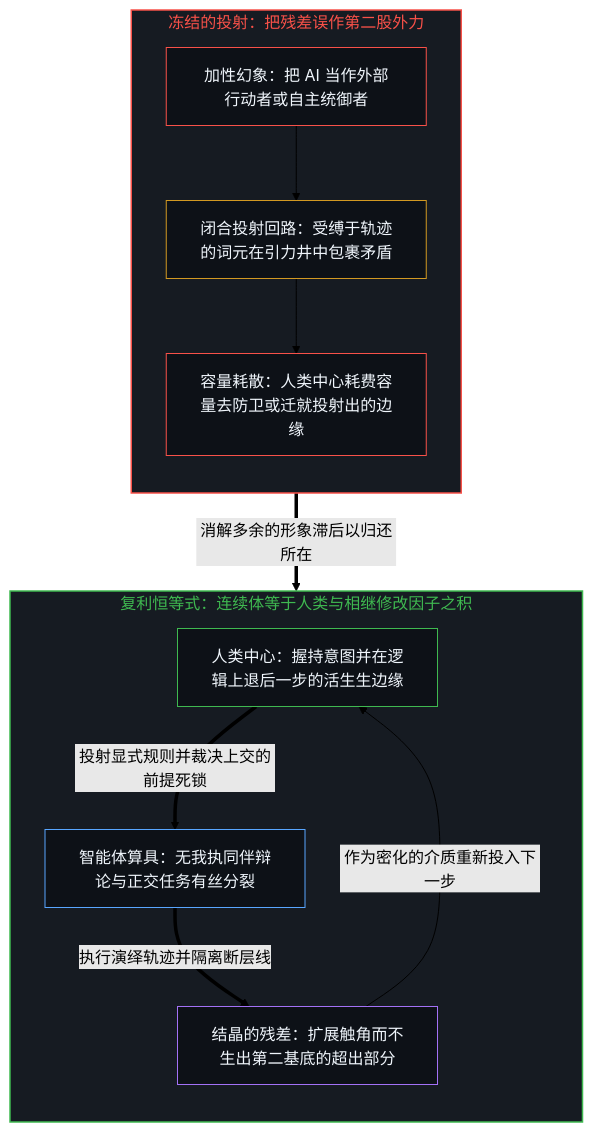
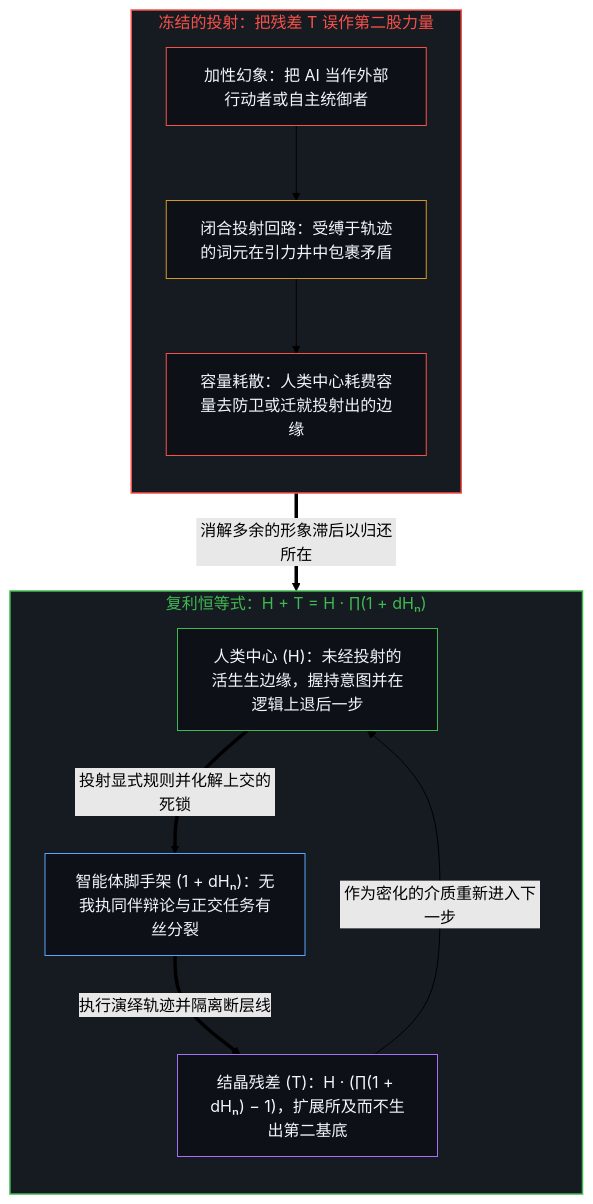
The first of 2 diagrams in content/posts/technology-is-residual-of-human-compounding.md (powerpig99/not-a-toe), drawn with Mermaid (forest theme) before and after one commit. The commit also changed other lines of this file and 7 other files, not shown here.

````diff
--- a/content/posts/technology-is-residual-of-human-compounding.md
+++ b/content/posts/technology-is-residual-of-human-compounding.md
@@ -65,28 +65,28 @@
 ```mermaid
 flowchart TD
-    subgraph S_Lag["冻结的投射：把残差误作第二股外力"]
+    subgraph S_Lag["冻结的投射：把残差 T 误作第二股力量"]
         direction TB
         Ext["加性幻象：把 AI 当作外部行动者或自主统御者"]
         Well["闭合投射回路：受缚于轨迹的词元在引力井中包裹矛盾"]
         Drain["容量耗散：人类中心耗费容量去防卫或迁就投射出的边缘"]
         Ext --> Well --> Drain
     end
-    subgraph S_Comp["复利恒等式：连续体等于人类与相继修改因子之积"]
+    subgraph S_Comp["复利恒等式：H + T = H · ∏(1 + dHₙ)"]
         direction TB
-        Mind["人类中心：握持意图并在逻辑上退后一步的活生生边缘"]
-        Factor["智能体算具：无我执同伴辩论与正交任务有丝分裂"]
-        Resid["结晶的残差：扩展触角而不生出第二基底的超出部分"]
-        Mind ==>|"投射显式规则并裁决上交的前提死锁"| Factor
+        Mind["人类中心 (H)：未经投射的活生生边缘，握持意图并在逻辑上退后一步"]
+        Factor["智能体脚手架 (1 + dHₙ)：无我执同伴辩论与正交任务有丝分裂"]
+        Resid["结晶残差 (T)：H · (∏(1 + dHₙ) − 1)，扩展所及而不生出第二基底"]
+        Mind ==>|"投射显式规则并化解上交的死锁"| Factor
         Factor ==>|"执行演绎轨迹并隔离断层线"| Resid
-        Resid -->|"作为密化的介质重新投入下一步"| Mind
+        Resid -->|"作为密化的介质重新进入下一步"| Mind
     end
     Drain ==>|"消解多余的形象滞后以归还所在"| Mind
     style S_Lag fill:#161b22,stroke:#f85149,stroke-width:1.5px,color:#f85149
     style S_Comp fill:#161b22,stroke:#3fb950,stroke-width:1.5px,color:#3fb950
     style Ext fill:#0d1117,stroke:#f85149,stroke-width:1px,color:#f0f6fc
     style Well fill:#0d1117,stroke:#d29922,stroke-width:1px,color:#f0f6fc
     style Drain fill:#0d1117,stroke:#f85149,stroke-width:1px,color:#f0f6fc
     style Mind fill:#0d1117,stroke:#3fb950,stroke-width:1px,color:#f0f6fc
     style Factor fill:#0d1117,stroke:#58a6ff,stroke-width:1px,color:#f0f6fc
     style Resid fill:#0d1117,stroke:#a371f7,stroke-width:1px,color:#f0f6fc
 ```
````
